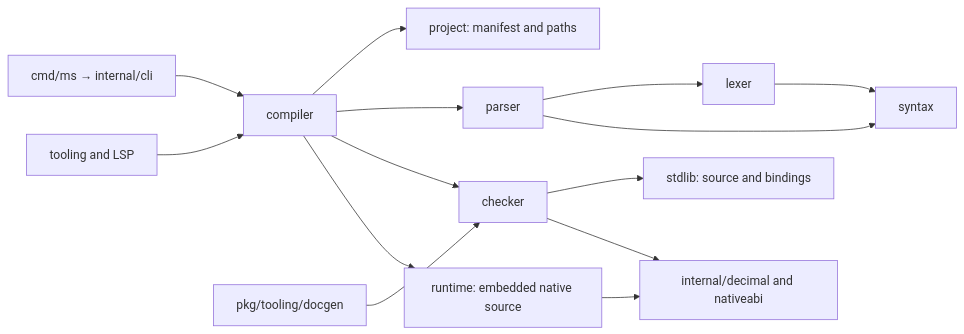
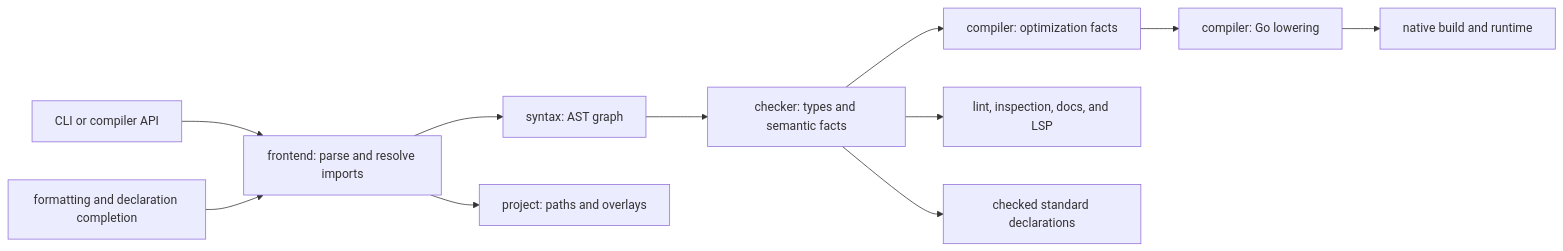
The diagram in documentation/contributing/architecture.md (manuscript-lang/manuscript), drawn with Mermaid before and after one commit. The commit also changed other lines of this file and 26 other files, not shown here.

Commit message:
Unify the language frontend and source-to-Go pipeline

````diff
--- a/documentation/contributing/architecture.md
+++ b/documentation/contributing/architecture.md
@@ -14,16 +14,13 @@
 ```mermaid
 flowchart LR
-  CLI[cmd/ms → internal/cli] --> Compiler[compiler]
-  Compiler --> Project[project: manifest and paths]
-  Compiler --> Parser[parser]
-  Parser --> Lexer[lexer]
-  Lexer --> Syntax[syntax]
-  Parser --> Syntax
-  Compiler --> Checker[checker]
-  Checker --> Stdlib[stdlib: source and bindings]
-  Checker --> Facts[internal/decimal and nativeabi]
-  Runtime --> Facts
-  Compiler --> Runtime[runtime: embedded native source]
-  Tools[tooling and LSP] --> Compiler
-  Docs[pkg/tooling/docgen] --> Checker
+  CLI[CLI or compiler API] --> Parse[frontend: parse and resolve imports]
+  Parse --> AST[syntax: AST graph]
+  AST --> Check[checker: types and semantic facts]
+  Check --> Optimize[compiler: optimization facts]
+  Optimize --> Lower[compiler: Go lowering]
+  Lower --> Native[native build and runtime]
+  SyntaxTools[formatting and declaration completion] --> Parse
+  Check --> SourceTools[lint, inspection, docs, and LSP]
+  Parse --> Project[project: paths and overlays]
+  Check --> Stdlib[checked standard declarations]
 ```
````
